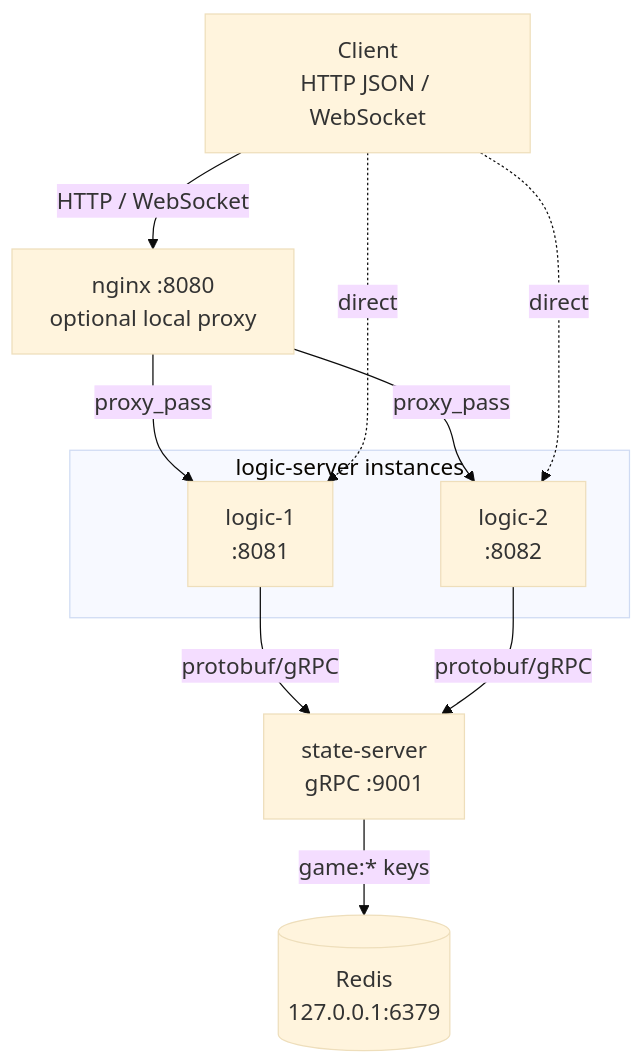
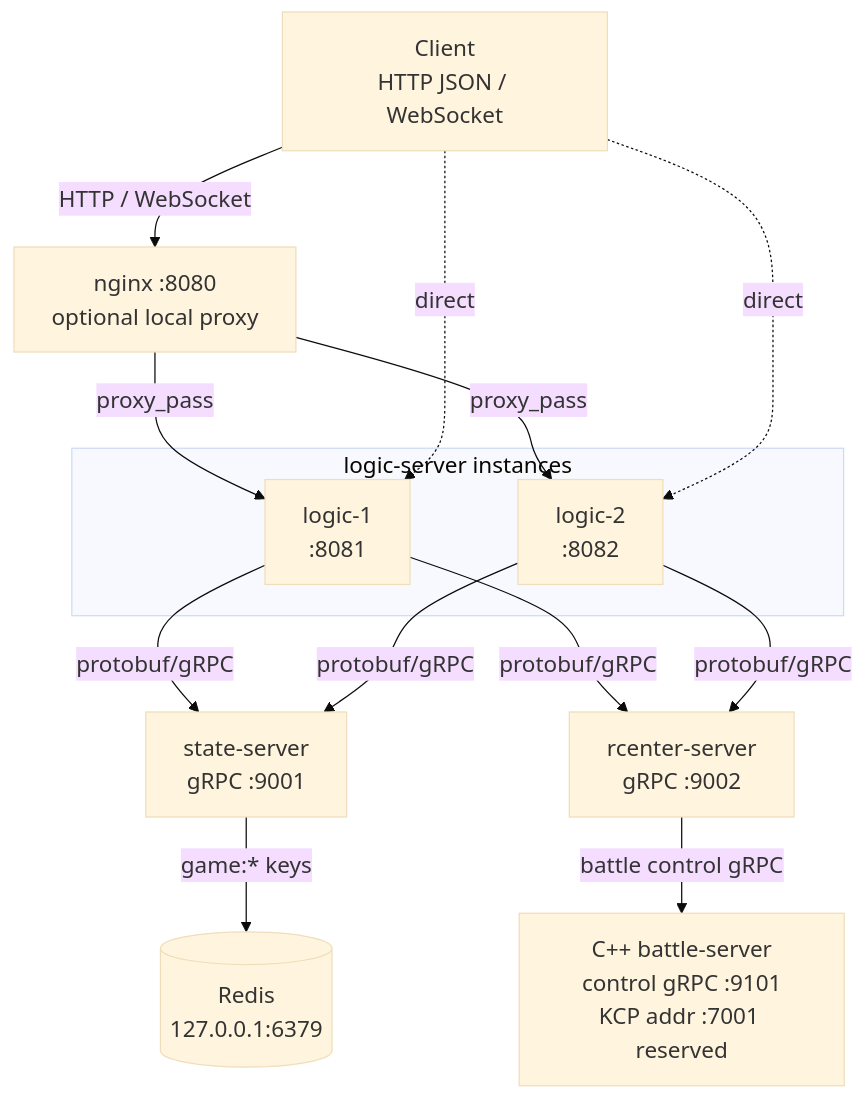
One commit to zzzhr666/server changed the first of 3 diagrams in docs/architecture.md. Above: the diagram before and after it, drawn with Mermaid. The commit also changed other lines of this file and 2 other files, not shown here.

Commit message:
[docs] Document battle control room flow

````diff
--- a/docs/architecture.md
+++ b/docs/architecture.md
@@ -11,23 +11,28 @@
 ```mermaid
 %%{init: {"theme": "base", "themeVariables": {"fontSize": "18px", "fontFamily": "Arial"}}}%%
 flowchart TB
     client["Client<br/>HTTP JSON / WebSocket"]
     nginx["nginx :8080<br/>optional local proxy"]
 
     subgraph logic["logic-server instances"]
         logic1["logic-1<br/>:8081"]
         logic2["logic-2<br/>:8082"]
     end
 
     stateServer["state-server<br/>gRPC :9001"]
+    rcenterServer["rcenter-server<br/>gRPC :9002"]
+    battleServer["C++ battle-server<br/>control gRPC :9101<br/>KCP addr :7001 reserved"]
     redis[("Redis<br/>127.0.0.1:6379")]
 
     client -->|"HTTP / WebSocket"| nginx
     nginx -->|"proxy_pass"| logic1
     nginx -->|"proxy_pass"| logic2
     client -. direct .-> logic1
     client -. direct .-> logic2
     logic1 -->|"protobuf/gRPC"| stateServer
     logic2 -->|"protobuf/gRPC"| stateServer
+    logic1 -->|"protobuf/gRPC"| rcenterServer
+    logic2 -->|"protobuf/gRPC"| rcenterServer
+    rcenterServer -->|"battle control gRPC"| battleServer
     stateServer -->|"game:* keys"| redis
 ```
````
